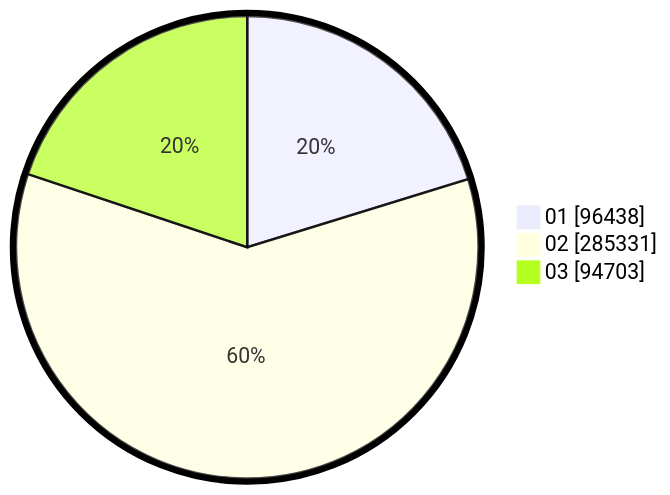
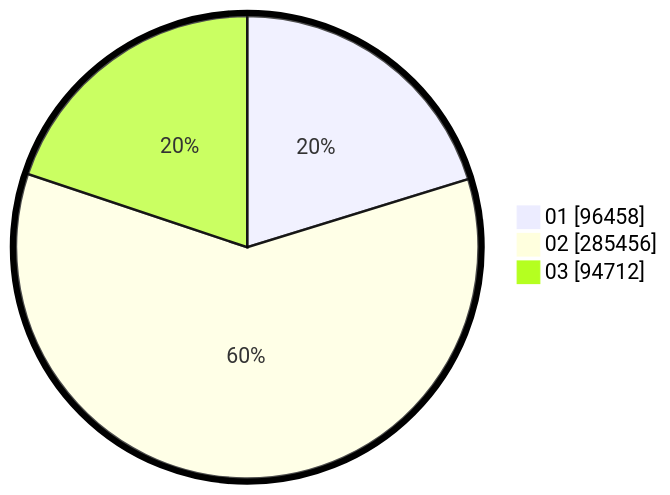
The second of 2 diagrams in pilpres/hitung-suara/sub/table-wilayah-99.md (gigit-pemilu/pemilu-2024), drawn with Mermaid before and after one commit. The commit also changed other lines of this file and 5 other files, not shown here.

````diff
--- a/pilpres/hitung-suara/sub/table-wilayah-99.md
+++ b/pilpres/hitung-suara/sub/table-wilayah-99.md
@@ -15,7 +15,7 @@
 ```mermaid
 %%{init: {"pie": {"textPosition": 0.5}, "themeVariables": {"pieOuterStrokeWidth": "5px"}} }%%
 pie showData
-    "01" : 96438
-    "02" : 285331
-    "03" : 94703
+    "01" : 96458
+    "02" : 285456
+    "03" : 94712
 ```
````
